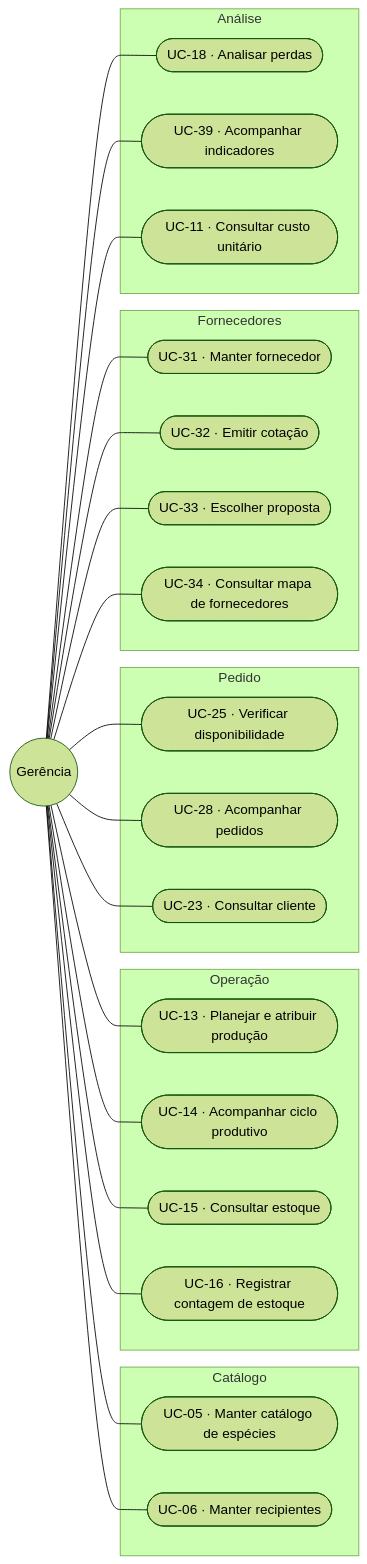
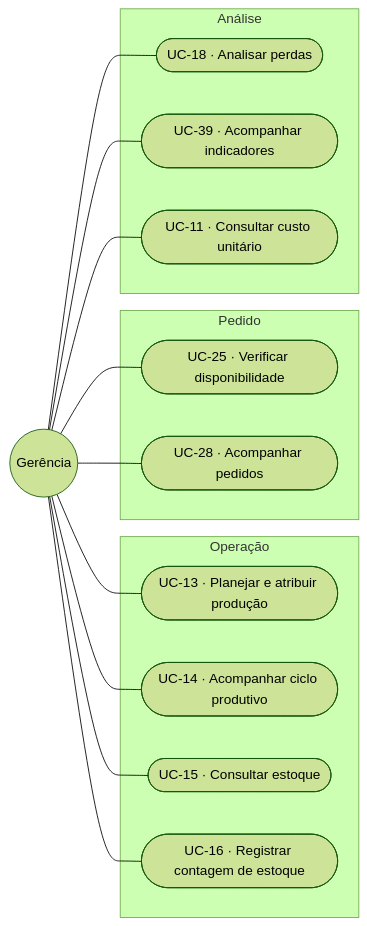
Before and after one commit to JoaoMudar/mudar: the third of 5 diagrams in docs/engenharia/C-modelagem/C1-diagrama-casos-de-uso.md, drawn with Mermaid (forest theme). The commit also changed other lines of this file and 52 other files, not shown here.

````diff
--- a/docs/engenharia/C-modelagem/C1-diagrama-casos-de-uso.md
+++ b/docs/engenharia/C-modelagem/C1-diagrama-casos-de-uso.md
@@ -162,52 +182,32 @@
 ```mermaid
 graph LR
   GE(("Gerência"))
-
-  subgraph Catálogo
-    UC05(["UC-05 · Manter catálogo de espécies"])
-    UC06(["UC-06 · Manter recipientes"])
-  end
 
   subgraph Operação
     UC13(["UC-13 · Planejar e atribuir produção"])
     UC14(["UC-14 · Acompanhar ciclo produtivo"])
     UC15(["UC-15 · Consultar estoque"])
     UC16(["UC-16 · Registrar contagem de estoque"])
   end
 
   subgraph Pedido
     UC25(["UC-25 · Verificar disponibilidade"])
     UC28b(["UC-28 · Acompanhar pedidos"])
-    UC23(["UC-23 · Consultar cliente"])
-  end
-
-  subgraph Fornecedores
-    UC31(["UC-31 · Manter fornecedor"])
-    UC32(["UC-32 · Emitir cotação"])
-    UC33(["UC-33 · Escolher proposta"])
-    UC34(["UC-34 · Consultar mapa de fornecedores"])
   end
 
   subgraph Análise
     UC18b(["UC-18 · Analisar perdas"])
     UC39b(["UC-39 · Acompanhar indicadores"])
     UC11b(["UC-11 · Consultar custo unitário"])
   end
 
-  GE --- UC05
-  GE --- UC06
   GE --- UC13
   GE --- UC14
   GE --- UC15
   GE --- UC16
   GE --- UC25
   GE --- UC28b
-  GE --- UC23
-  GE --- UC31
-  GE --- UC32
-  GE --- UC33
-  GE --- UC34
   GE --- UC18b
   GE --- UC39b
   GE --- UC11b
 ```
````
